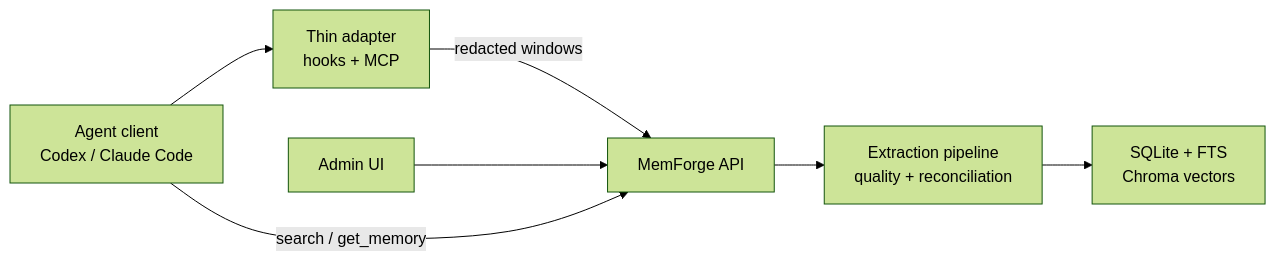
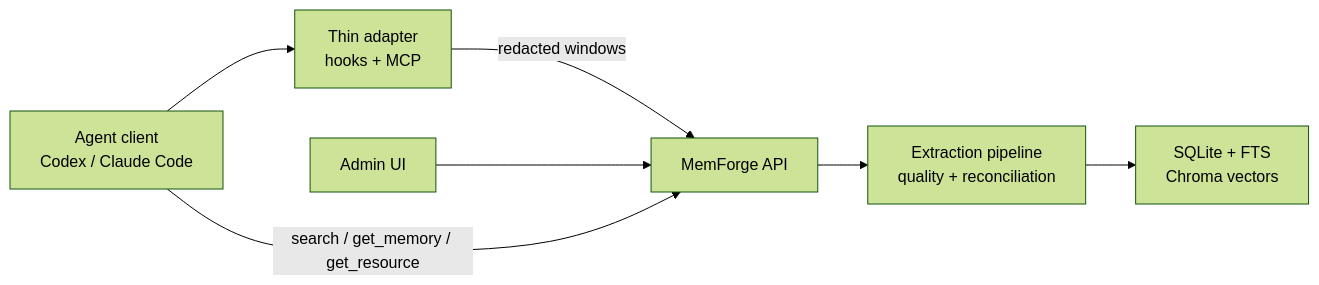
The diagram in README.md (dodo-labs-ai/mem-forge), drawn with Mermaid (forest theme) before and after one commit. The commit also changed other lines of this file and 10 other files, not shown here.

Commit message:
feat: add agent source resource tool

````diff
--- a/README.md
+++ b/README.md
@@ -51,16 +51,16 @@
 ```mermaid
 flowchart LR
   Agent["Agent client\nCodex / Claude Code"]
   Adapter["Thin adapter\nhooks + MCP"]
   API["MemForge API"]
   Pipeline["Extraction pipeline\nquality + reconciliation"]
   Store["SQLite + FTS\nChroma vectors"]
   UI["Admin UI"]
 
   Agent --> Adapter
   Adapter -->|"redacted windows"| API
   API --> Pipeline
   Pipeline --> Store
   UI --> API
-  Agent -->|"search / get_memory"| API
+  Agent -->|"search / get_memory / get_resource"| API
 ```
````
